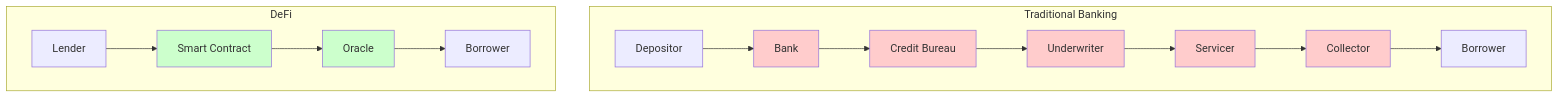
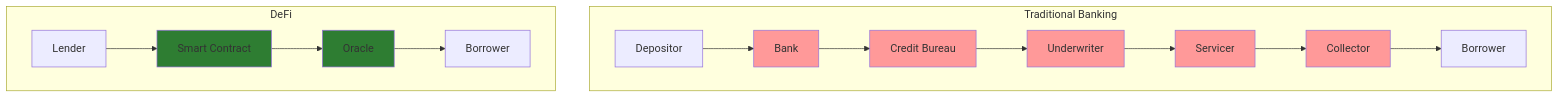
The third of 22 diagrams in Industry/Blockchain/Blockchain/ValueChain/QA_ClaudeOpus.md (ljg-cqu/knowledge), drawn with Mermaid before and after one commit. The commit also changed other lines of this file and 6 other files, not shown here.

````diff
--- a/Industry/Blockchain/Blockchain/ValueChain/QA_ClaudeOpus.md
+++ b/Industry/Blockchain/Blockchain/ValueChain/QA_ClaudeOpus.md
@@ -156,25 +156,25 @@
 ```mermaid
 graph TD
     subgraph Traditional Banking
     T1[Depositor] --> T2[Bank]
     T2 --> T3[Credit Bureau]
     T3 --> T4[Underwriter]
     T4 --> T5[Servicer]
     T5 --> T6[Collector]
     T6 --> T7[Borrower]
     end
     
     subgraph DeFi
     D1[Lender] --> D2[Smart Contract]
     D2 --> D3[Oracle]
     D3 --> D4[Borrower]
     end
     
-    style T2 fill:#ffcccc
-    style T3 fill:#ffcccc
-    style T4 fill:#ffcccc
-    style T5 fill:#ffcccc
-    style T6 fill:#ffcccc
-    style D2 fill:#ccffcc
-    style D3 fill:#ccffcc
+    style T2 fill:#ff9999
+    style T3 fill:#ff9999
+    style T4 fill:#ff9999
+    style T5 fill:#ff9999
+    style T6 fill:#ff9999
+    style D2 fill:#2E7D32
+    style D3 fill:#2E7D32
 ```
````
